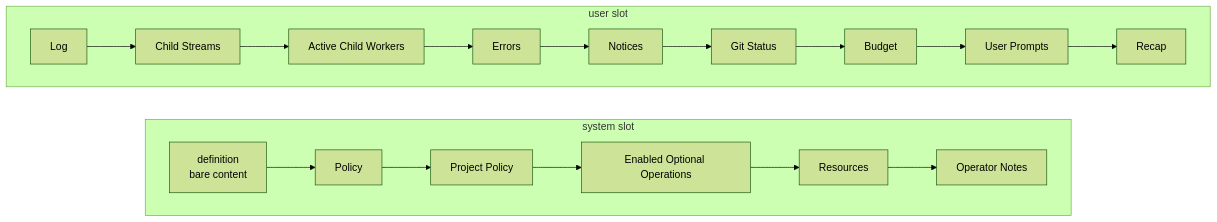
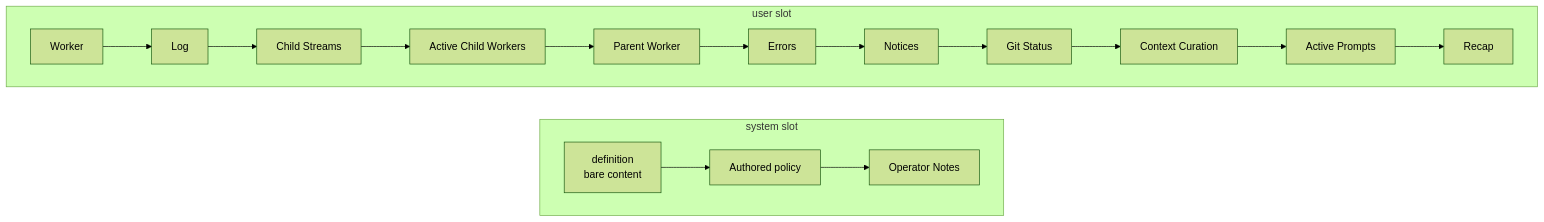
Before and after one commit to plurnk/plurnk-service: the diagram in plurnk-plurnkdown/SPEC.md, drawn with Mermaid (forest theme). The commit also changed other lines of this file and 277 other files, not shown here.

````diff
--- a/plurnk-plurnkdown/SPEC.md
+++ b/plurnk-plurnkdown/SPEC.md
@@ -27,23 +27,22 @@
 ```mermaid
 flowchart LR
     subgraph system[system slot]
         direction LR
-        definition["definition<br/>bare content"] --> policy["Policy"]
-        policy --> project["Project Policy"]
-        project --> optional["Enabled Optional Operations"]
-        optional --> schemes["Resources"]
-        schemes --> notes["Operator Notes"]
+        definition["definition<br/>bare content"] --> policy["Authored policy"]
+        policy --> notes["Operator Notes"]
     end
 
     subgraph user[user slot]
         direction LR
-        log["Log"] --> streams["Child Streams"]
+        worker["Worker"] --> log["Log"]
+        log --> streams["Child Streams"]
         streams --> workers["Active Child Workers"]
-        workers --> errors["Errors"]
+        workers --> parent["Parent Worker"]
+        parent --> errors["Errors"]
         errors --> notices["Notices"]
         notices --> git["Git Status"]
-        git --> budget["Budget"]
-        budget --> prompts["User Prompts"]
+        git --> budget["Context Curation"]
+        budget --> prompts["Active Prompts"]
         prompts --> recap["Recap"]
     end
 ```
````
